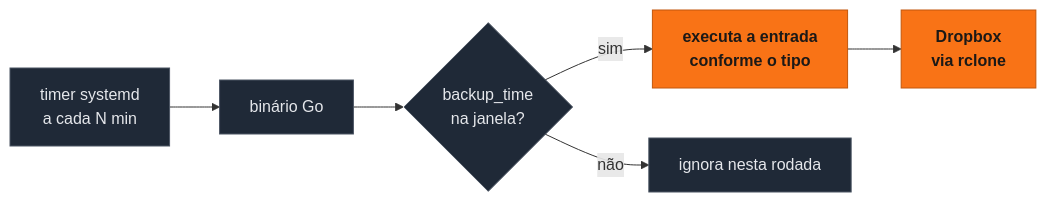
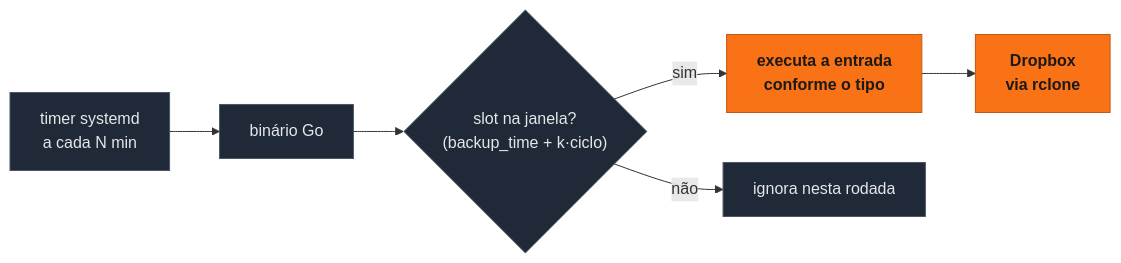
Before and after one commit to gabesan21/dropbox-rclone: the diagram in README.md, drawn with Mermaid. The commit also changed other lines of this file and 26 other files, not shown here.

````diff
--- a/README.md
+++ b/README.md
@@ -47,12 +47,12 @@
 ```mermaid
 flowchart LR
     A["timer systemd<br/>a cada N min"] --> B["binário Go"]
-    B --> C{"backup_time<br/>na janela?"}
+    B --> C{"slot na janela?<br/>(backup_time + k·ciclo)"}
     C -->|sim| D["executa a entrada<br/>conforme o tipo"]
     C -->|não| E["ignora nesta rodada"]
     D --> F["Dropbox<br/>via rclone"]
     classDef agent fill:#1f2937,stroke:#4b5563,color:#e5e7eb
     classDef human fill:#f97316,stroke:#c2570c,color:#1c1917,font-weight:bold
     class A,B,C,E agent
     class D,F human
 ```
````
